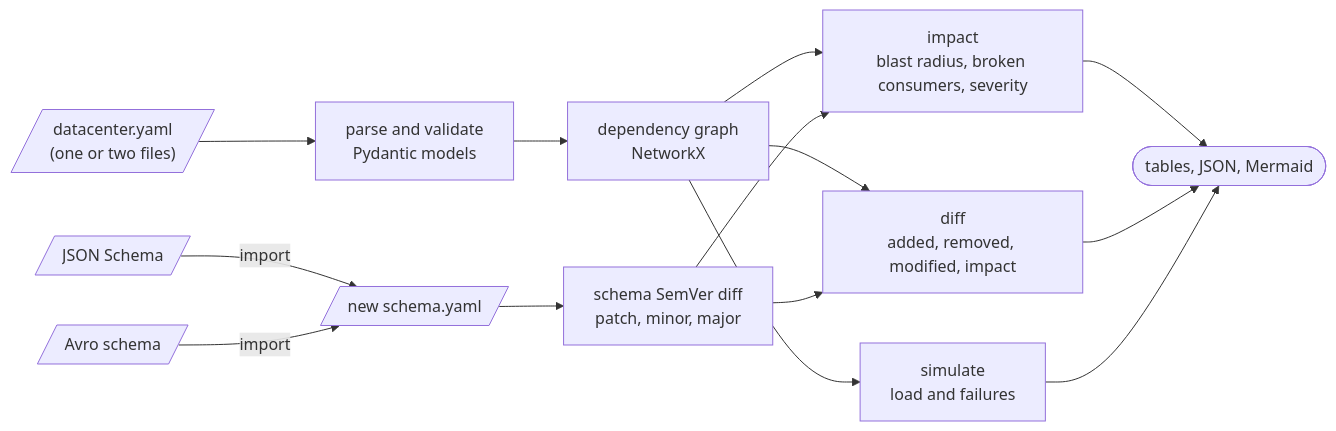
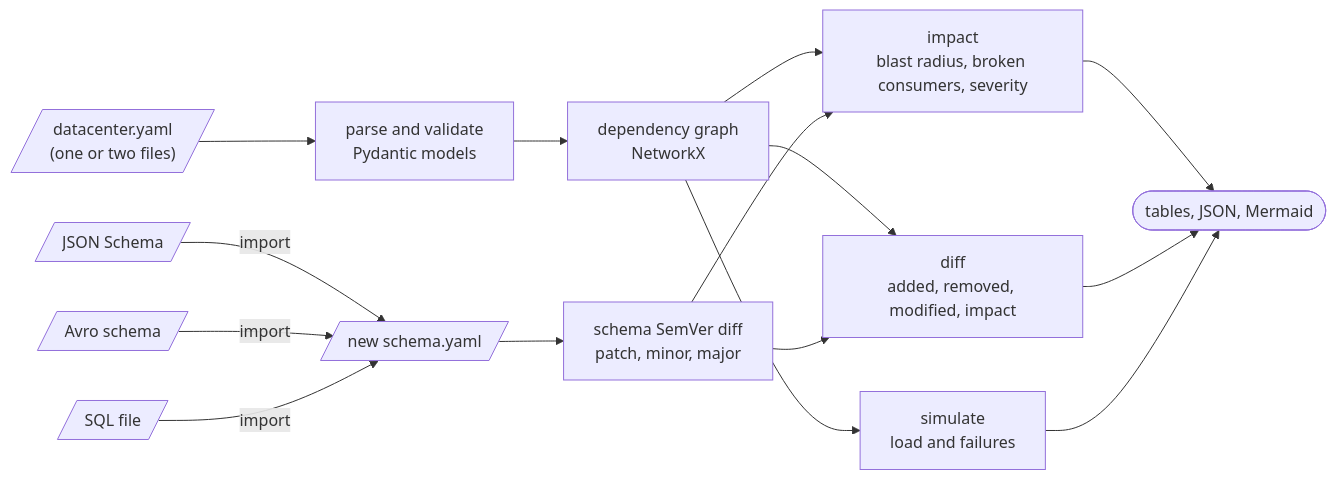
One commit to IzanVil/RippleRack changed the second of 2 diagrams in README.md. Above: the diagram before and after it, drawn with Mermaid. The commit also changed other lines of this file and 6 other files, not shown here.

````diff
--- a/README.md
+++ b/README.md
@@ -384,16 +399,17 @@
 ```mermaid
 flowchart LR
   yaml[/"datacenter.yaml<br/>(one or two files)"/] --> parse["parse and validate<br/>Pydantic models"]
   parse --> dag["dependency graph<br/>NetworkX"]
   jsonschema[/"JSON Schema"/] -->|"import"| schema
   avro[/"Avro schema"/] -->|"import"| schema
+  sql[/"SQL file"/] -->|"import"| schema
   schema[/"new schema.yaml"/] --> semver["schema SemVer diff<br/>patch, minor, major"]
   dag --> impact["impact<br/>blast radius, broken consumers, severity"]
   semver --> impact
   dag --> diff["diff<br/>added, removed, modified, impact"]
   semver --> diff
   dag --> simulate["simulate<br/>load and failures"]
   impact --> out(["tables, JSON, Mermaid"])
   diff --> out
   simulate --> out
 ```
````
